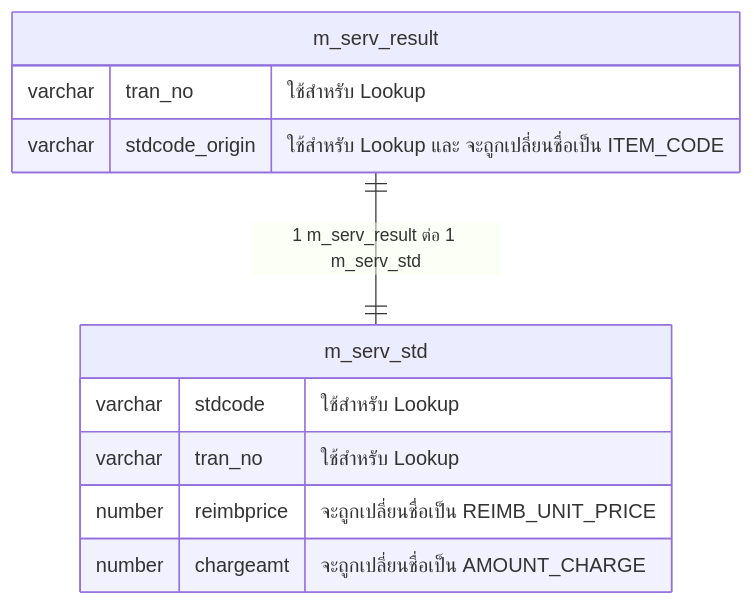
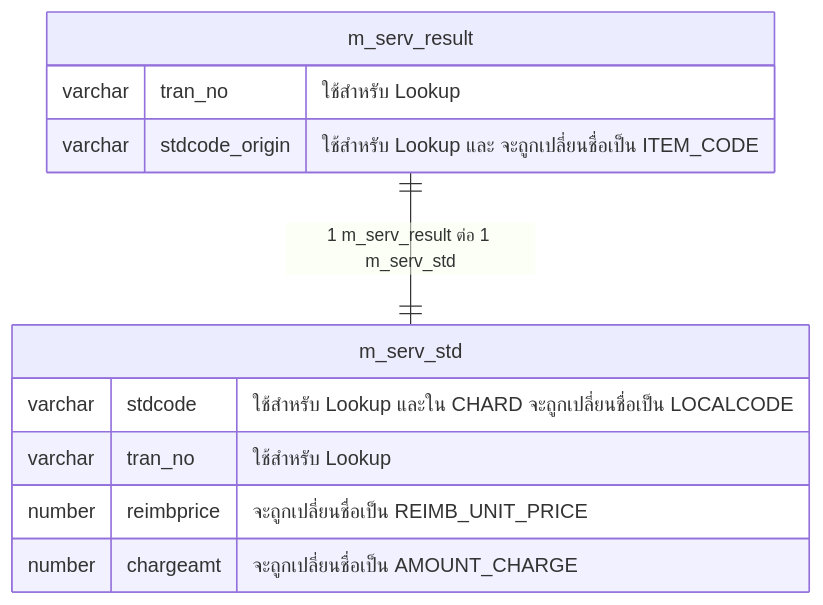
One commit to lionants02/open-doc changed the third of 3 diagrams in nsho/fixbug_ITEM_CODE.md. Above: the diagram before and after it, drawn with Mermaid.

Commit message:
เพิ่มคำอธิบายนิดหน่อย

````diff
--- a/nsho/fixbug_ITEM_CODE.md
+++ b/nsho/fixbug_ITEM_CODE.md
@@ -42,17 +42,17 @@
 ```mermaid
 erDiagram
     m_serv_result one to one m_serv_std : "1 m_serv_result ต่อ 1 m_serv_std"
 
 
     m_serv_result{
         varchar tran_no "ใช้สำหรับ Lookup"
         varchar stdcode_origin "ใช้สำหรับ Lookup และ จะถูกเปลี่ยนชื่อเป็น ITEM_CODE"
     }
 
     m_serv_std{
-        varchar stdcode "ใช้สำหรับ Lookup"
+        varchar stdcode "ใช้สำหรับ Lookup และใน CHARD จะถูกเปลี่ยนชื่อเป็น LOCALCODE"
         varchar tran_no "ใช้สำหรับ Lookup"
         number reimbprice "จะถูกเปลี่ยนชื่อเป็น REIMB_UNIT_PRICE"
         number chargeamt "จะถูกเปลี่ยนชื่อเป็น AMOUNT_CHARGE"
     }
 ```
````
